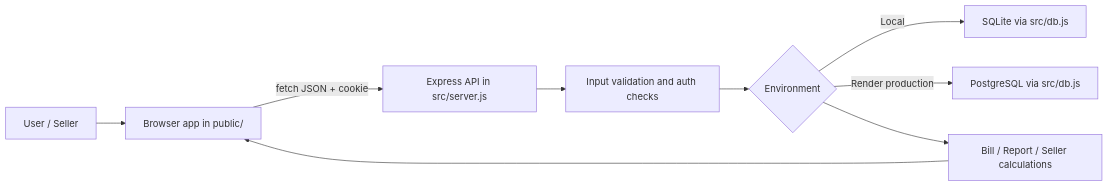
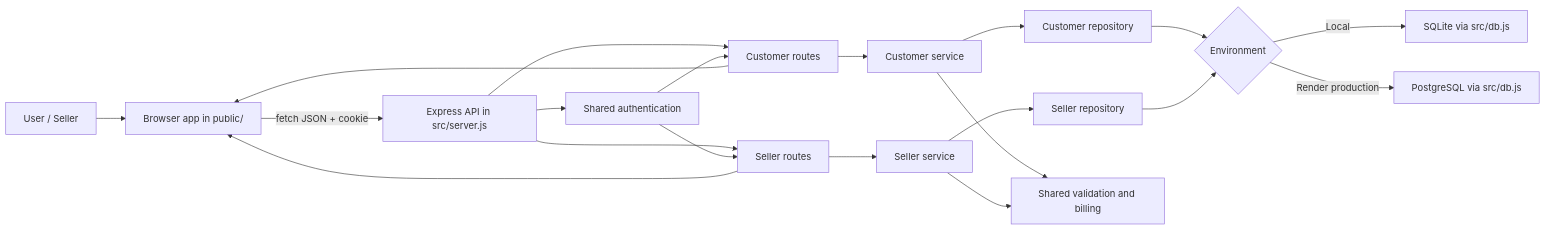
Before and after one commit to khandelwal2409/dailyDrop: the diagram in architecture.md, drawn with Mermaid. The commit also changed other lines of this file and 17 other files, not shown here.

````diff
--- a/architecture.md
+++ b/architecture.md
@@ -7,11 +7,22 @@
 ```mermaid
 flowchart LR
   User[User / Seller] --> Browser[Browser app in public/]
   Browser -->|fetch JSON + cookie| API[Express API in src/server.js]
-  API --> Validation[Input validation and auth checks]
-  Validation --> DB{Environment}
+  API --> Auth[Shared authentication]
+  API --> CustomerRoutes[Customer routes]
+  API --> SellerRoutes[Seller routes]
+  Auth --> CustomerRoutes
+  Auth --> SellerRoutes
+  CustomerRoutes --> CustomerService[Customer service]
+  CustomerService --> CustomerRepository[Customer repository]
+  SellerRoutes --> SellerService[Seller service]
+  SellerService --> SellerRepository[Seller repository]
+  CustomerService --> Shared[Shared validation and billing]
+  SellerService --> Shared
+  CustomerRepository --> DB{Environment}
+  SellerRepository --> DB
   DB -->|Local| SQLite[SQLite via src/db.js]
   DB -->|Render production| Postgres[PostgreSQL via src/db.js]
-  DB --> Reports[Bill / Report / Seller calculations]
-  Reports --> Browser
+  CustomerRoutes --> Browser
+  SellerRoutes --> Browser
 ```
````
